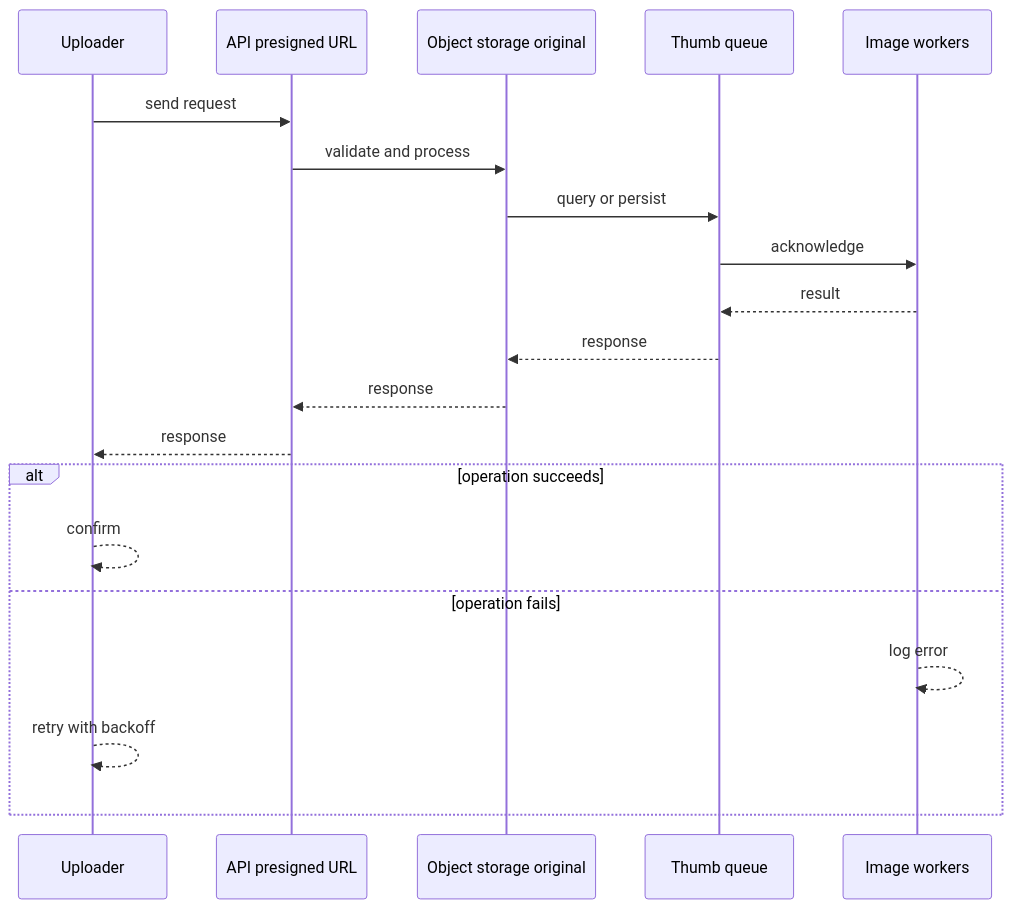
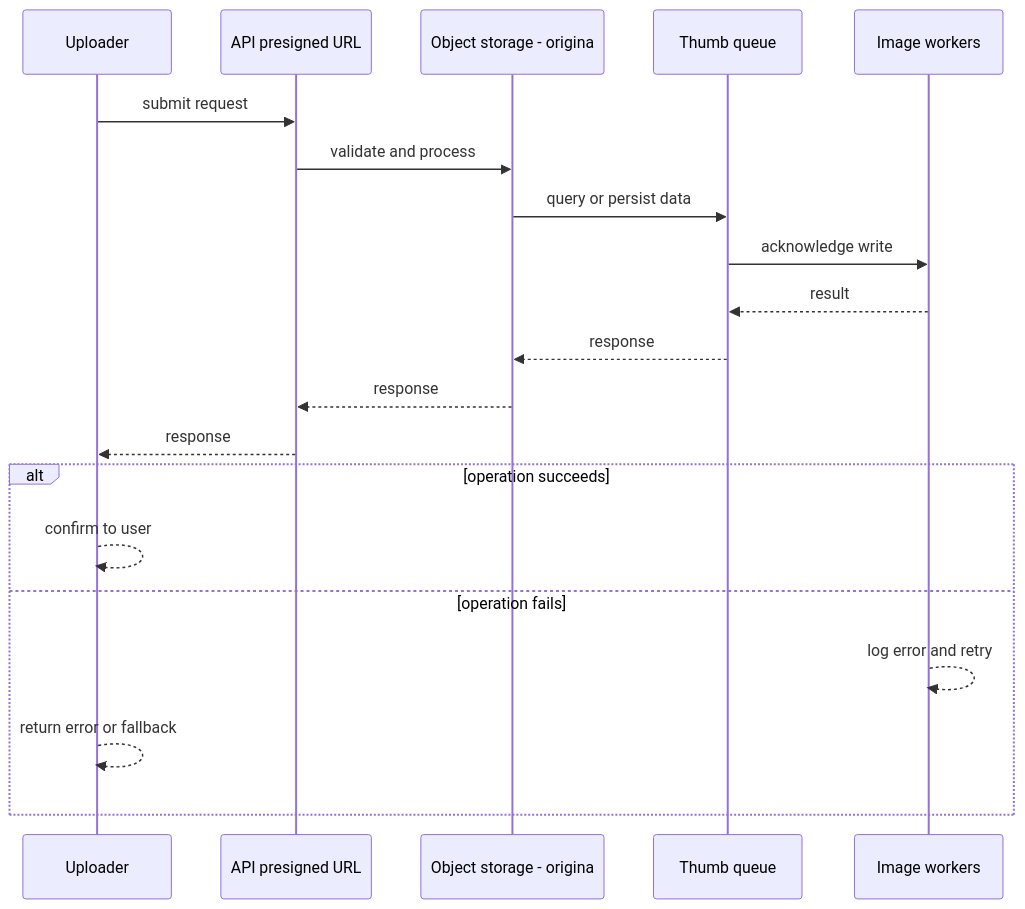
The second of 4 diagrams in case-studies/intermediate/photo-sharing-platform.md (RIT-MESH/system-design-mastery), drawn with Mermaid before and after one commit. The commit also changed other lines of this file and 127 other files, not shown here.

First line of the commit message:
Improve all case study diagrams: case-specific sequences, fix truncated labels

````diff
--- a/case-studies/intermediate/photo-sharing-platform.md
+++ b/case-studies/intermediate/photo-sharing-platform.md
@@ -82,23 +82,23 @@
 ```mermaid
 %% created-for: system-design-mastery
 sequenceDiagram
-  participant C0 as Uploader
-  participant C1 as API presigned URL
-  participant C2 as Object storage original
-  participant C3 as Thumb queue
-  participant C4 as Image workers
-  C0 ->> C1: send request
-  C1 ->> C2: validate and process
-  C2 ->> C3: query or persist
-  C3 ->> C4: acknowledge
-  C4 -->> C3: result
-  C3 -->> C2: response
-  C2 -->> C1: response
-  C1 -->> C0: response
+  participant P0 as Uploader
+  participant P1 as API presigned URL
+  participant P2 as Object storage - origina
+  participant P3 as Thumb queue
+  participant P4 as Image workers
+  P0 ->> P1: submit request
+  P1 ->> P2: validate and process
+  P2 ->> P3: query or persist data
+  P3 ->> P4: acknowledge write
+  P4 -->> P3: result
+  P3 -->> P2: response
+  P2 -->> P1: response
+  P1 -->> P0: response
   alt operation succeeds
-    C0 -->> C0: confirm
+    P0 -->> P0: confirm to user
   else operation fails
-    C4 -->> C4: log error
-    C0 -->> C0: retry with backoff
+    P4 -->> P4: log error and retry
+    P0 -->> P0: return error or fallback
   end
 ```
````
